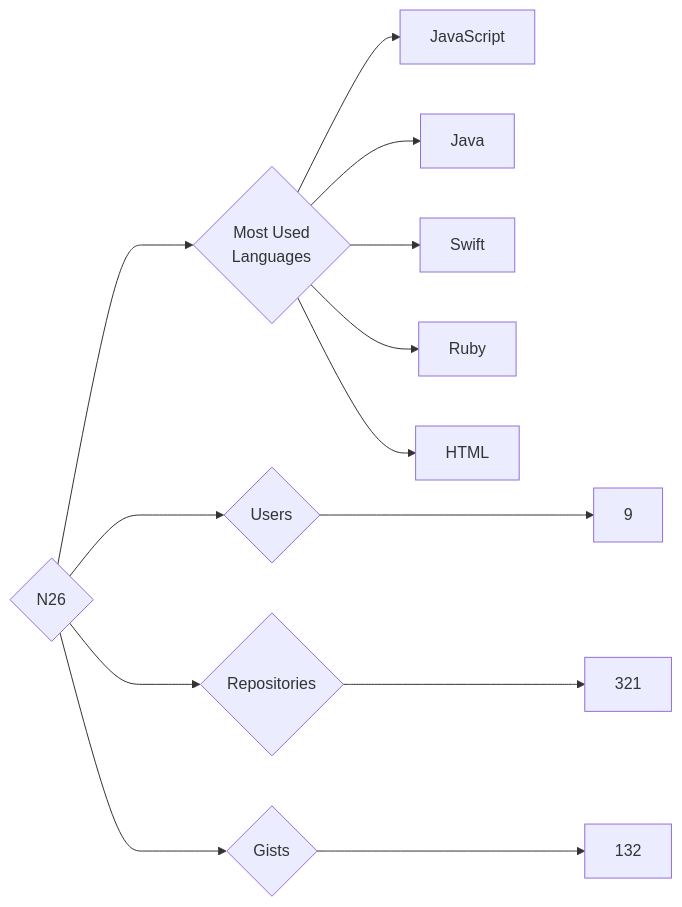
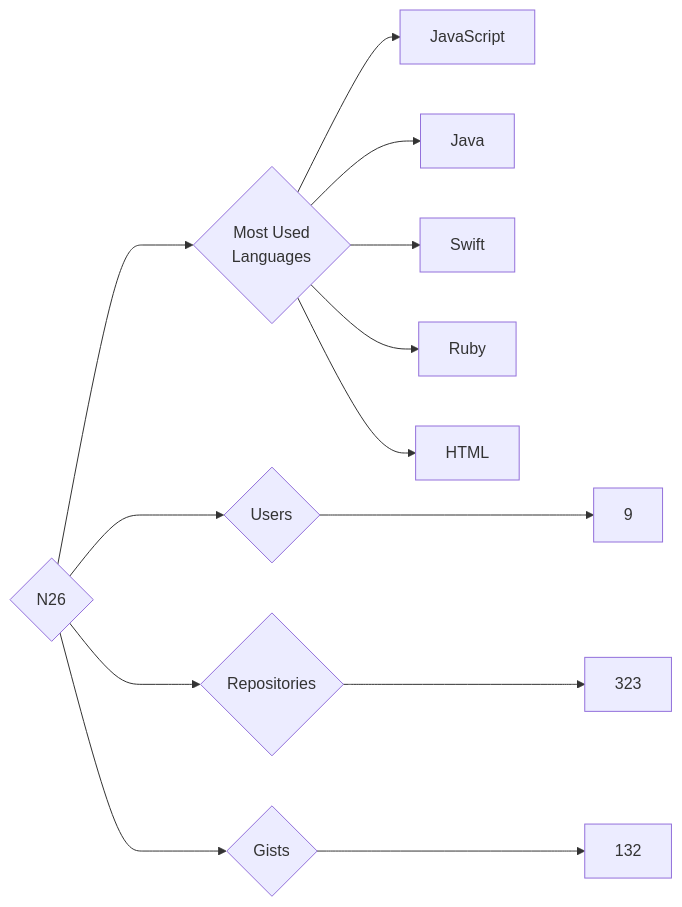
The diagram in targets/N26/README.md (trickest/insiders), drawn with Mermaid before and after one commit. The commit also changed 797 other files, not shown here.

````diff
--- a/targets/N26/README.md
+++ b/targets/N26/README.md
@@ -3,13 +3,13 @@
 ```mermaid
 graph LR
 COMPANY_NAME{N26}
 COMPANY_NAME ---> U{Users} ---> UN[9]
-COMPANY_NAME ---> R{Repositories} ---> RN[321]
+COMPANY_NAME ---> R{Repositories} ---> RN[323]
 COMPANY_NAME ---> G{Gists} ---> GN[132]
 COMPANY_NAME ---> ML{Most Used<br>Languages}
 ML --> JavaScript[JavaScript]
 ML --> Java[Java]
 ML --> Swift[Swift]
 ML --> Ruby[Ruby]
 ML --> HTML[HTML]
 ```
````
